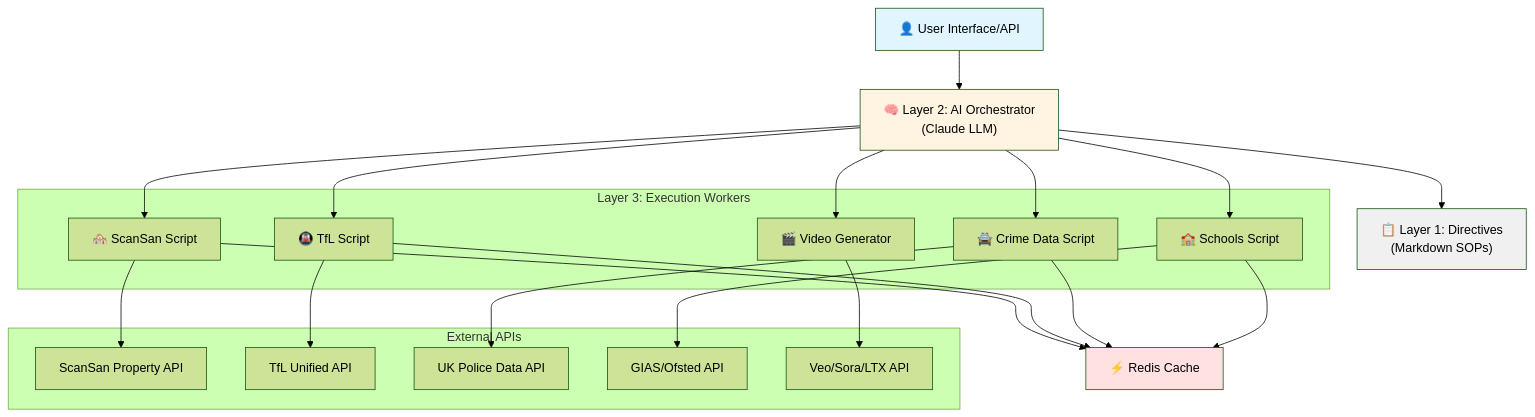
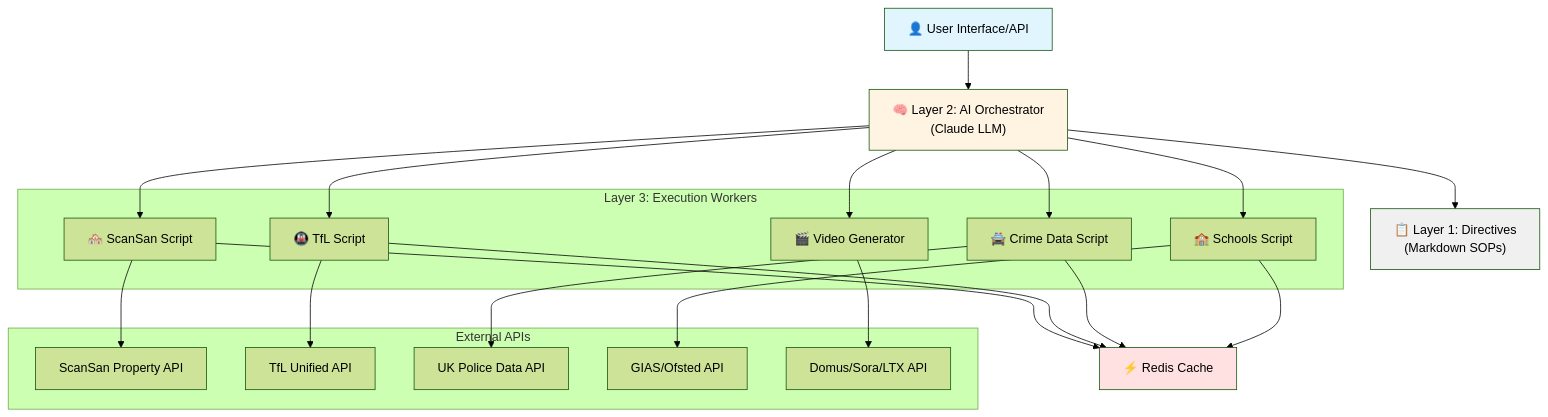
Before and after one commit to younis-y/RealTech-Hackathon: the diagram in README.md, drawn with Mermaid (forest theme). The commit also changed other lines of this file and 33 other files, not shown here.

````diff
--- a/README.md
+++ b/README.md
@@ -58,42 +58,42 @@
 ```mermaid
 graph TB
     User["👤 User Interface/API"] --> Orchestrator["🧠 Layer 2: AI Orchestrator<br/>(Claude LLM)"]
     Orchestrator --> Directives["📋 Layer 1: Directives<br/>(Markdown SOPs)"]
     Orchestrator --> ScanSan["🏘️ ScanSan Script"]
     Orchestrator --> TfL["🚇 TfL Script"]
     Orchestrator --> Crime["🚔 Crime Data Script"]
     Orchestrator --> Schools["🏫 Schools Script"]
     Orchestrator --> Video["🎬 Video Generator"]
     
     ScanSan --> ScanSanAPI["ScanSan Property API"]
     TfL --> TfLAPI["TfL Unified API"]
     Crime --> PoliceAPI["UK Police Data API"]
     Schools --> GIAS["GIAS/Ofsted API"]
-    Video --> VideoAI["Veo/Sora/LTX API"]
+    Video --> VideoAI["Domus/Sora/LTX API"]
     
     ScanSan --> Cache["⚡ Redis Cache"]
     TfL --> Cache
     Crime --> Cache
     Schools --> Cache
     
     style User fill:#e1f5ff
     style Orchestrator fill:#fff4e1
     style Directives fill:#f0f0f0
     style Cache fill:#ffe1e1
     
     subgraph "Layer 3: Execution Workers"
         ScanSan
         TfL
         Crime
         Schools
         Video
     end
     
     subgraph "External APIs"
         ScanSanAPI
         TfLAPI
         PoliceAPI
         GIAS
         VideoAI
     end
 ```
````
